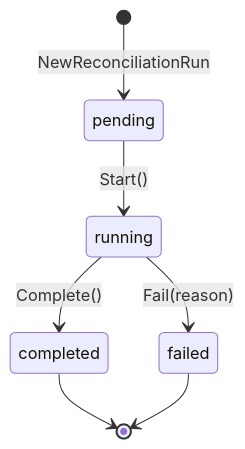
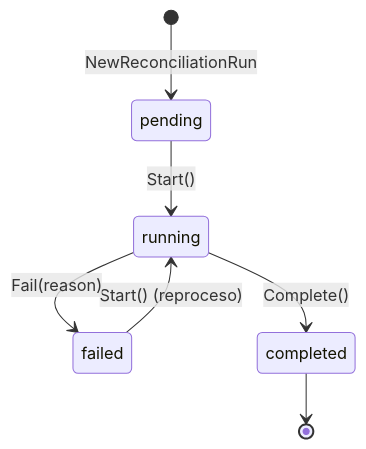
Before and after one commit to juantevez/cobros-platform: the second of 2 diagrams in docs/technical/RECONCILIATION.md, drawn with Mermaid. The commit also changed other lines of this file and 2 other files, not shown here.

````diff
--- a/docs/technical/RECONCILIATION.md
+++ b/docs/technical/RECONCILIATION.md
@@ -141,9 +154,9 @@
 ```mermaid
 stateDiagram-v2
     [*] --> pending: NewReconciliationRun
     pending --> running: Start()
+    failed --> running: Start() (reproceso)
     running --> completed: Complete()
     running --> failed: Fail(reason)
     completed --> [*]
-    failed --> [*]
 ```
````
